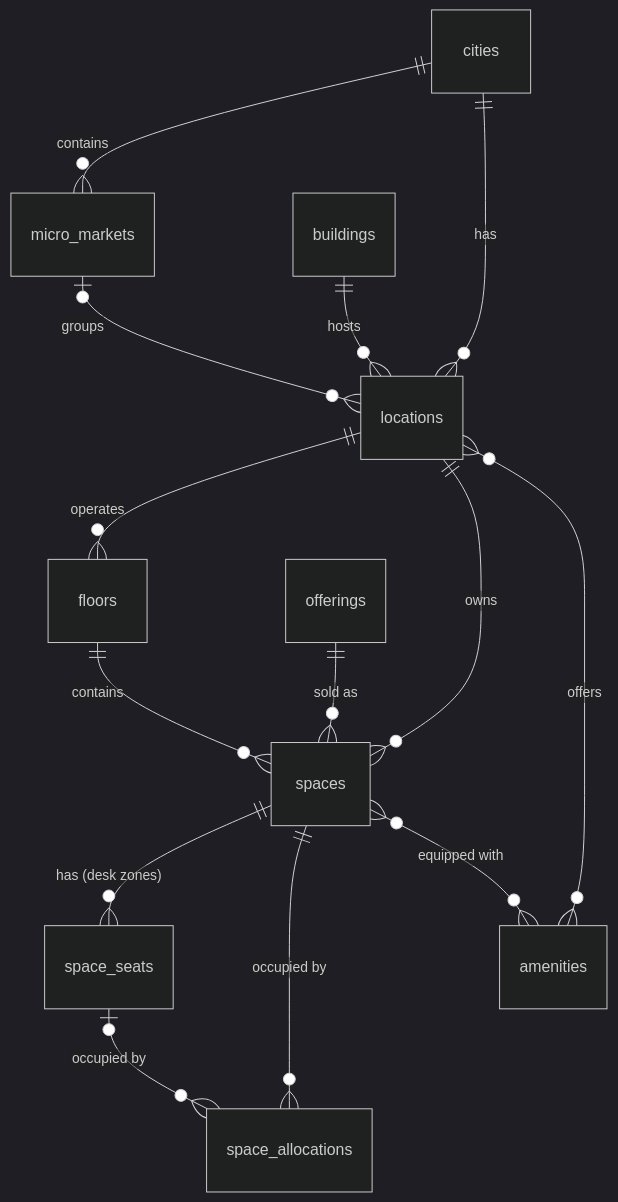
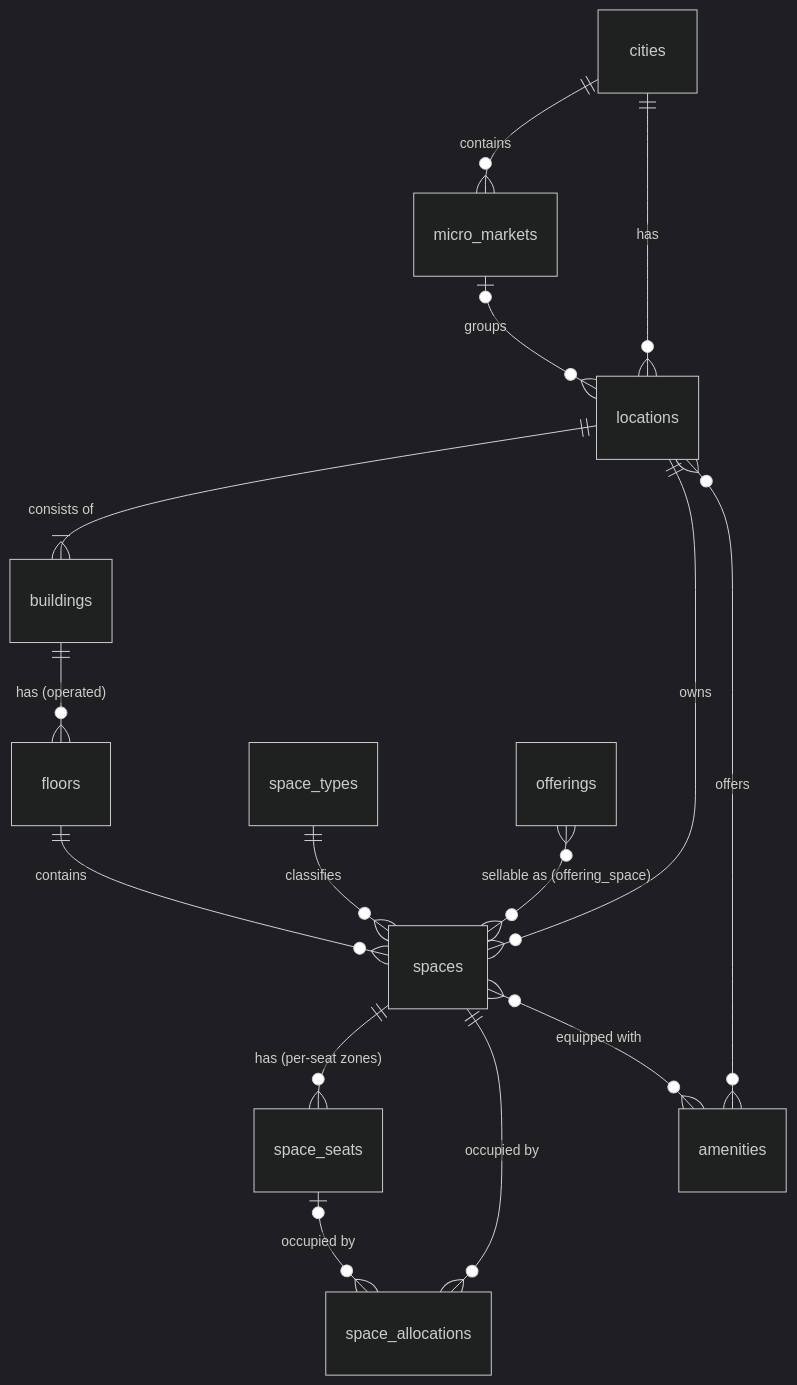
One commit to ErSuryaPrakashChamoli/smartgo changed the second of 6 diagrams in docs/architecture/DATABASE_ERD.md. Above: the diagram before and after it, drawn with Mermaid (dark theme). The commit also changed other lines of this file and 26 other files, not shown here.

````diff
--- a/docs/architecture/DATABASE_ERD.md
+++ b/docs/architecture/DATABASE_ERD.md
@@ -82,16 +97,17 @@
 ```mermaid
 erDiagram
   cities ||--o{ micro_markets : contains
   cities ||--o{ locations : "has"
   micro_markets |o--o{ locations : "groups"
-  buildings ||--o{ locations : hosts
-  locations ||--o{ floors : operates
+  locations ||--|{ buildings : "consists of"
+  buildings ||--o{ floors : "has (operated)"
+  locations ||--o{ spaces : owns
   floors ||--o{ spaces : contains
-  locations ||--o{ spaces : owns
-  spaces ||--o{ space_seats : "has (desk zones)"
+  space_types ||--o{ spaces : classifies
+  spaces ||--o{ space_seats : "has (per-seat zones)"
   spaces ||--o{ space_allocations : "occupied by"
   space_seats |o--o{ space_allocations : "occupied by"
   spaces }o--o{ amenities : "equipped with"
   locations }o--o{ amenities : offers
-  offerings ||--o{ spaces : "sold as"
+  offerings }o--o{ spaces : "sellable as (offering_space)"
 ```
````
